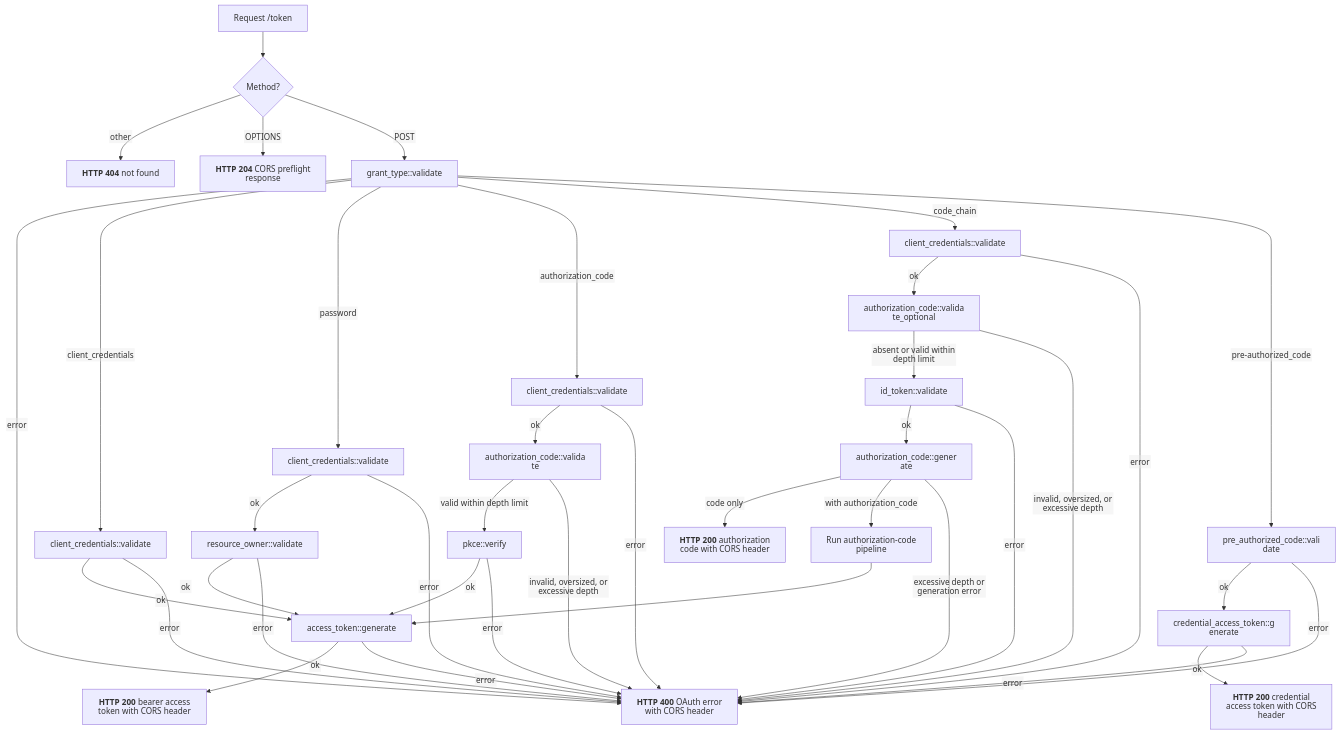
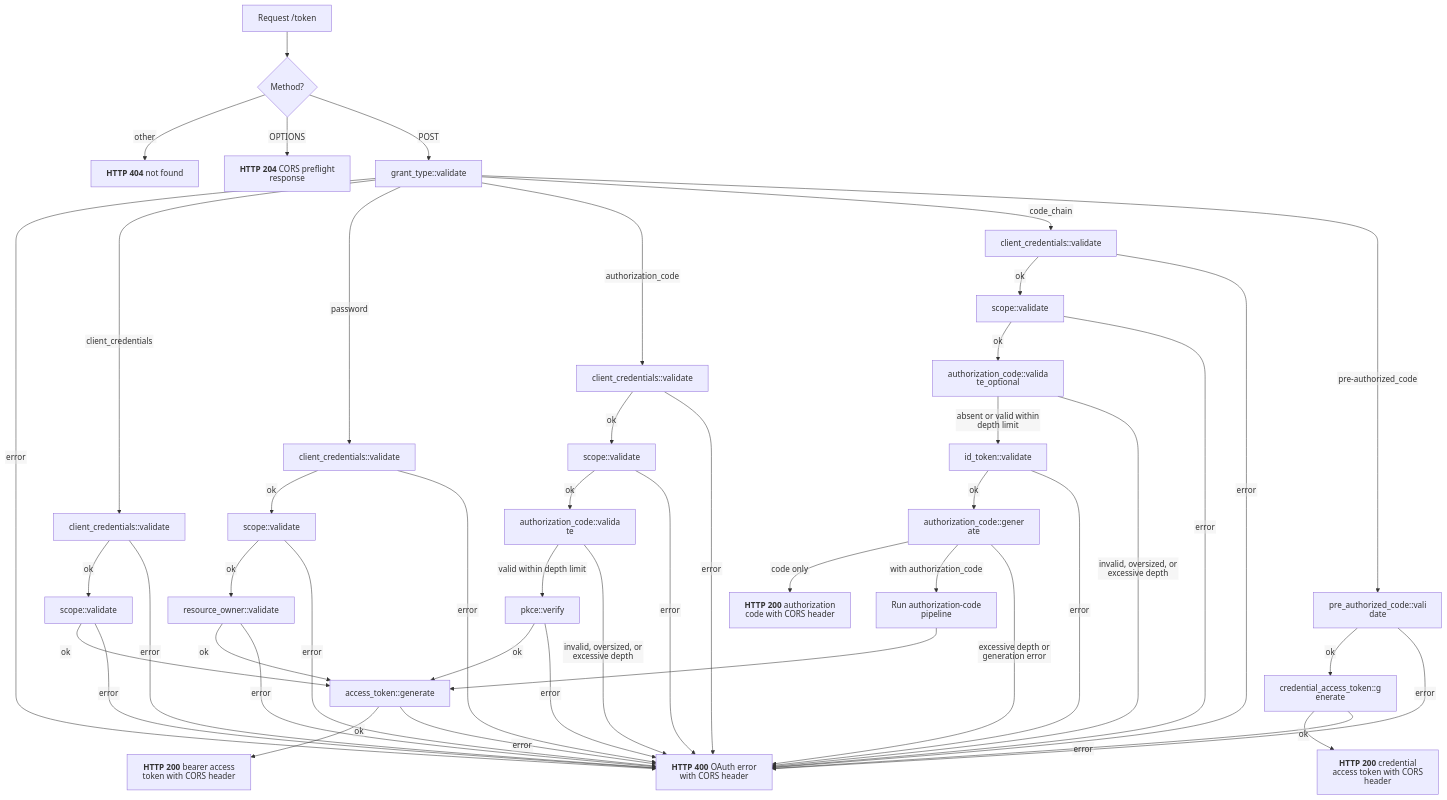
Before and after one commit to malach-it/kagome: the diagram in docs/flows/oauth/token_endpoint.mmd, drawn with Mermaid. The commit also changed 49 other files, not shown here.

Commit message:
feat: validate client authorized scopes

```diff
--- a/docs/flows/oauth/token_endpoint.mmd
+++ b/docs/flows/oauth/token_endpoint.mmd
@@ -1,40 +1,48 @@
 %%{init: {"htmlLabels": false, "flowchart": {"htmlLabels": false}}}%%
 flowchart TD
     start[Request /token] --> method{Method?}
     method -- other --> not_found["`**HTTP 404** not found`"]
     method -- OPTIONS --> preflight["`**HTTP 204** CORS preflight response`"]
     method -- POST --> grant["grant_type::validate"]
     grant -- error --> oauth_error["`**HTTP 400** OAuth error with CORS header`"]
     grant -- client_credentials --> client["client_credentials::validate"]
     grant -- password --> password_client["client_credentials::validate"]
-    password_client -- ok --> owner["resource_owner::validate"]
+    password_client -- ok --> password_scope["scope::validate"]
+    password_scope -- ok --> owner["resource_owner::validate"]
     grant -- authorization_code --> code_client["client_credentials::validate"]
-    code_client -- ok --> code["authorization_code::validate"]
+    code_client -- ok --> code_scope["scope::validate"]
+    code_scope -- ok --> code["authorization_code::validate"]
     code -- valid within depth limit --> pkce["pkce::verify"]
     grant -- code_chain --> chain_client["client_credentials::validate"]
-    chain_client -- ok --> previous["authorization_code::validate_optional"]
+    chain_client -- ok --> chain_scope["scope::validate"]
+    chain_scope -- ok --> previous["authorization_code::validate_optional"]
     previous -- absent or valid within depth limit --> id_token["id_token::validate"]
     id_token -- ok --> issue["authorization_code::generate"]
     grant -- pre-authorized_code --> pre_code["pre_authorized_code::validate"]
     pre_code -- ok --> credential_access["credential_access_token::generate"]
-    client -- ok --> access["access_token::generate"]
+    client -- ok --> client_scope["scope::validate"]
+    client_scope -- ok --> access["access_token::generate"]
     owner -- ok --> access
     pkce -- ok --> access
     issue -- code only --> code_success["`**HTTP 200** authorization code with CORS header`"]
     issue -- with authorization_code --> exchange[Run authorization-code pipeline]
     exchange --> access
     credential_access -- ok --> credential_access_success["`**HTTP 200** credential access token with CORS header`"]
     access -- ok --> access_success["`**HTTP 200** bearer access token with CORS header`"]
     client -- error --> oauth_error
+    client_scope -- error --> oauth_error
     password_client -- error --> oauth_error
+    password_scope -- error --> oauth_error
     owner -- error --> oauth_error
     code_client -- error --> oauth_error
+    code_scope -- error --> oauth_error
     code -- invalid, oversized, or excessive depth --> oauth_error
     pkce -- error --> oauth_error
     chain_client -- error --> oauth_error
+    chain_scope -- error --> oauth_error
     previous -- invalid, oversized, or excessive depth --> oauth_error
     id_token -- error --> oauth_error
     issue -- excessive depth or generation error --> oauth_error
     pre_code -- error --> oauth_error
     credential_access -- error --> oauth_error
     access -- error --> oauth_error
```
